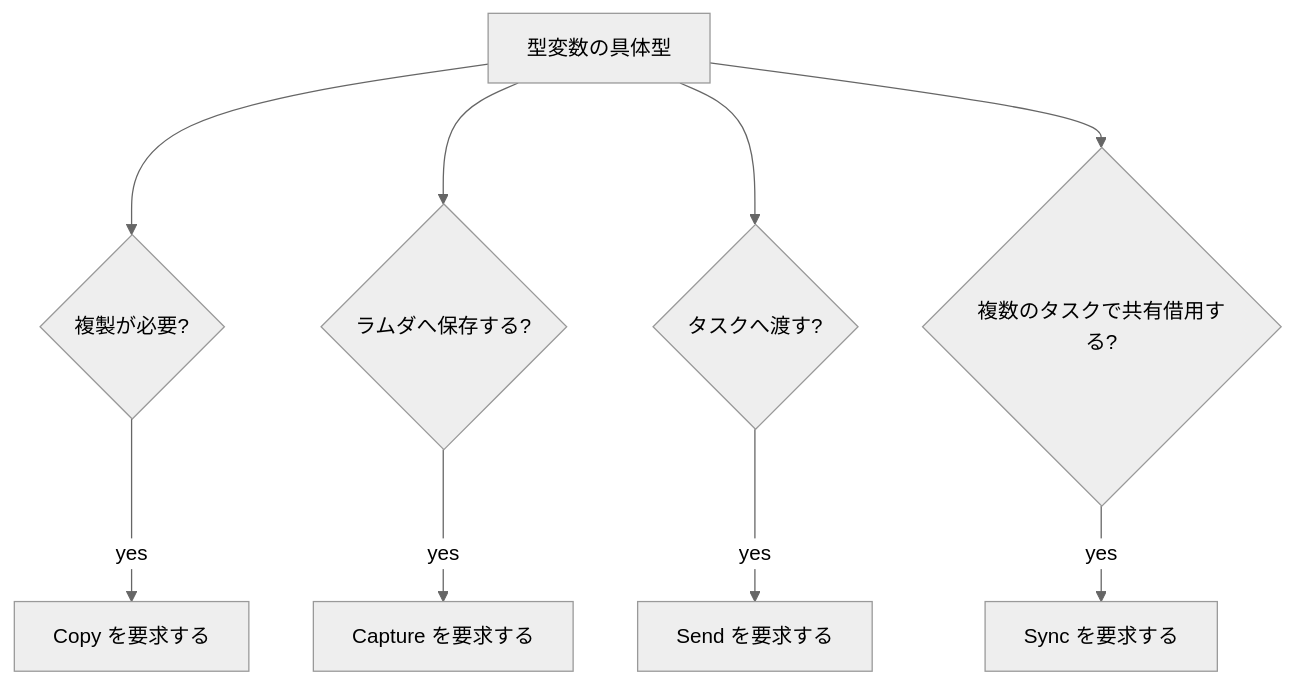
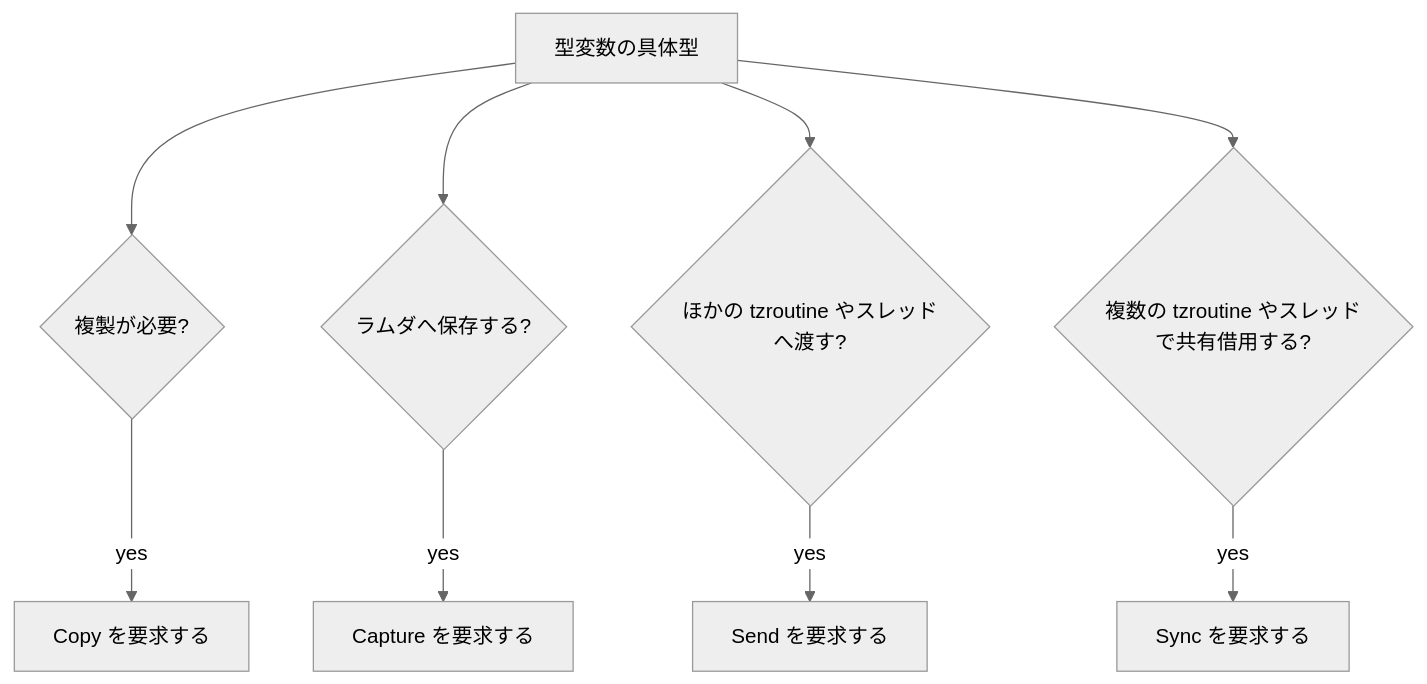
Before and after one commit to tatsuya-midorikawa/Tsuzuri: the diagram in _tsuzuri/language-reference/types-and-type-inference/constraints.md, drawn with Mermaid (neutral theme). The commit also changed other lines of this file and 261 other files, not shown here.

````diff
--- a/_tsuzuri/language-reference/types-and-type-inference/constraints.md
+++ b/_tsuzuri/language-reference/types-and-type-inference/constraints.md
@@ -106,11 +106,11 @@
 ```mermaid
 flowchart TD
     value["型変数の具体型"] --> copy{"複製が必要?"}
     copy -->|yes| copyOk["Copy を要求する"]
     value --> save{"ラムダへ保存する?"}
     save -->|yes| cap["Capture を要求する"]
-    value --> task{"タスクへ渡す?"}
-    task -->|yes| send["Send を要求する"]
-    value --> share{"複数のタスクで共有借用する?"}
+    value --> move{"ほかの tzroutine やスレッドへ渡す?"}
+    move -->|yes| send["Send を要求する"]
+    value --> share{"複数の tzroutine やスレッドで共有借用する?"}
     share -->|yes| sync["Sync を要求する"]
 ```
````
